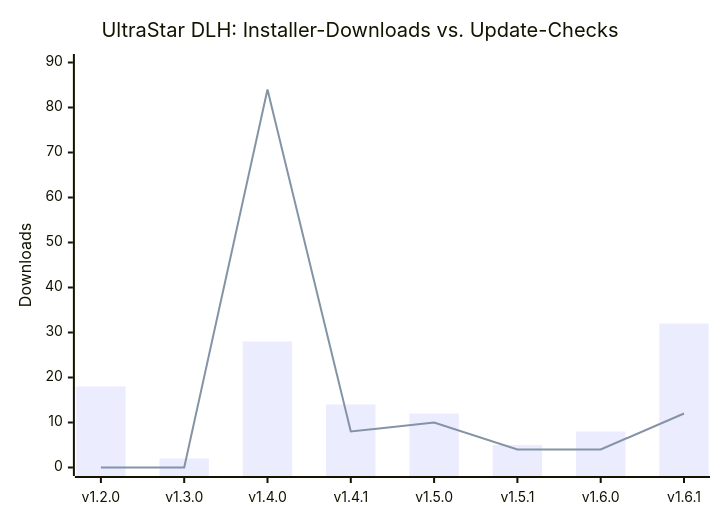
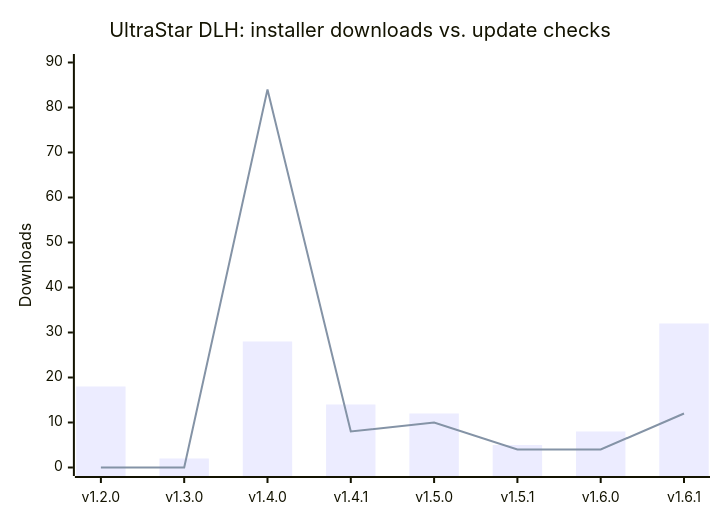
The first of 2 diagrams in README.md (normannormalmann/normannormalmann), drawn with Mermaid before and after one commit. The commit also changed other lines of this file and 9 other files, not shown here.

````diff
--- a/README.md
+++ b/README.md
@@ -41,8 +43,8 @@
 ```mermaid
 xychart-beta
-    title "UltraStar DLH: Installer-Downloads vs. Update-Checks"
+    title "UltraStar DLH: installer downloads vs. update checks"
     x-axis ["v1.2.0", "v1.3.0", "v1.4.0", "v1.4.1", "v1.5.0", "v1.5.1", "v1.6.0", "v1.6.1"]
     y-axis "Downloads" 0 --> 90
     bar [18, 2, 28, 14, 12, 5, 8, 32]
     line [0, 0, 84, 8, 10, 4, 4, 12]
 ```
````
